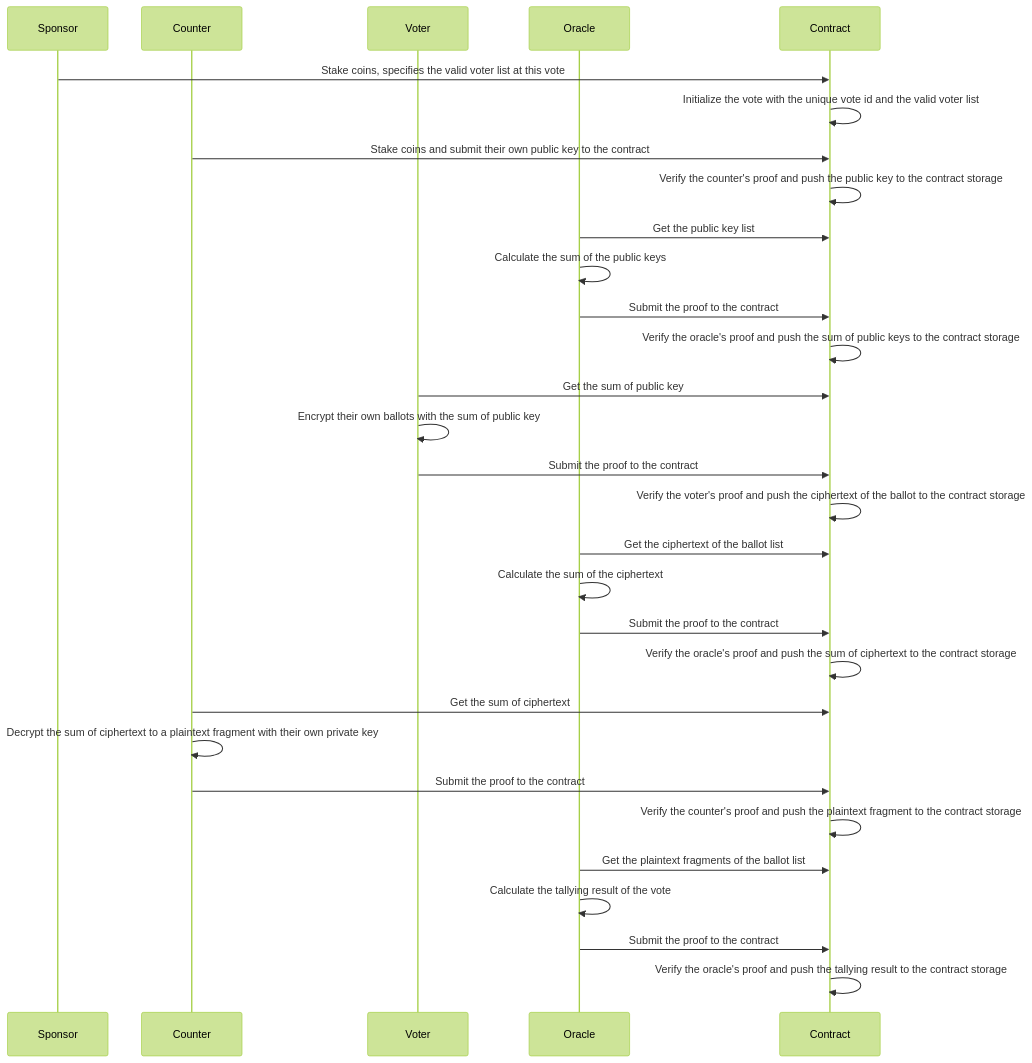
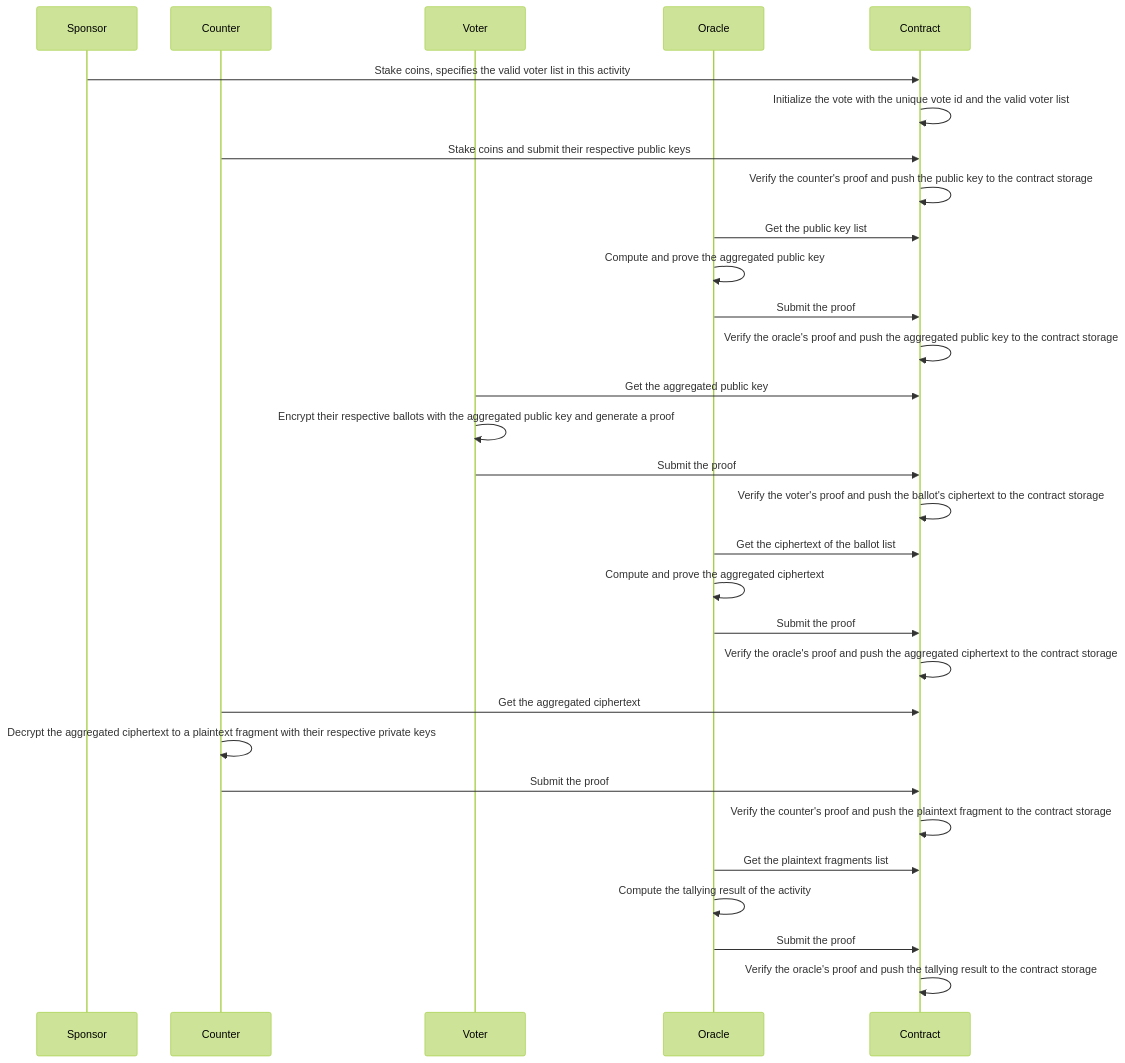
Before and after one commit to aichatddz/avote: the second of 2 diagrams in README.md, drawn with Mermaid (forest theme). The commit also changed other lines of this file, not shown here.

````diff
--- a/README.md
+++ b/README.md
@@ -188,32 +194,32 @@
 ```mermaid
 sequenceDiagram
     participant Sponsor
     participant Counter
     participant Voter
     participant Oracle
     participant Contract
-    Sponsor->>Contract: Stake coins, specifies the valid voter list at this vote
+    Sponsor->>Contract: Stake coins, specifies the valid voter list in this activity
     Contract->>Contract: Initialize the vote with the unique vote id and the valid voter list
-    Counter->>Contract: Stake coins and submit their own public key to the contract
+    Counter->>Contract: Stake coins and submit their respective public keys
     Contract->>Contract: Verify the counter's proof and push the public key to the contract storage
     Oracle->>Contract: Get the public key list
-    Oracle->>Oracle: Calculate the sum of the public keys
-    Oracle->>Contract: Submit the proof to the contract
-    Contract->>Contract: Verify the oracle's proof and push the sum of public keys to the contract storage
-    Voter->>Contract: Get the sum of public key
-    Voter->>Voter: Encrypt their own ballots with the sum of public key
-    Voter->>Contract: Submit the proof to the contract
-    Contract->>Contract: Verify the voter's proof and push the ciphertext of the ballot to the contract storage
+    Oracle->>Oracle: Compute and prove the aggregated public key
+    Oracle->>Contract: Submit the proof
+    Contract->>Contract: Verify the oracle's proof and push the aggregated public key to the contract storage
+    Voter->>Contract: Get the aggregated public key
+    Voter->>Voter: Encrypt their respective ballots with the aggregated public key and generate a proof
+    Voter->>Contract: Submit the proof
+    Contract->>Contract: Verify the voter's proof and push the ballot's ciphertext to the contract storage
     Oracle->>Contract: Get the ciphertext of the ballot list
-    Oracle->>Oracle: Calculate the sum of the ciphertext
-    Oracle->>Contract: Submit the proof to the contract
-    Contract->>Contract: Verify the oracle's proof and push the sum of ciphertext to the contract storage
-    Counter->>Contract: Get the sum of ciphertext
-    Counter->>Counter: Decrypt the sum of ciphertext to a plaintext fragment with their own private key
-    Counter->>Contract: Submit the proof to the contract
+    Oracle->>Oracle: Compute and prove the aggregated ciphertext
+    Oracle->>Contract: Submit the proof
+    Contract->>Contract: Verify the oracle's proof and push the aggregated ciphertext to the contract storage
+    Counter->>Contract: Get the aggregated ciphertext
+    Counter->>Counter: Decrypt the aggregated ciphertext to a plaintext fragment with their respective private keys
+    Counter->>Contract: Submit the proof
     Contract->>Contract: Verify the counter's proof and push the plaintext fragment to the contract storage
-    Oracle->>Contract: Get the plaintext fragments of the ballot list
-    Oracle->>Oracle: Calculate the tallying result of the vote
-    Oracle->>Contract: Submit the proof to the contract
+    Oracle->>Contract: Get the plaintext fragments list
+    Oracle->>Oracle: Compute the tallying result of the activity
+    Oracle->>Contract: Submit the proof
     Contract->>Contract: Verify the oracle's proof and push the tallying result to the contract storage
 ```
````
